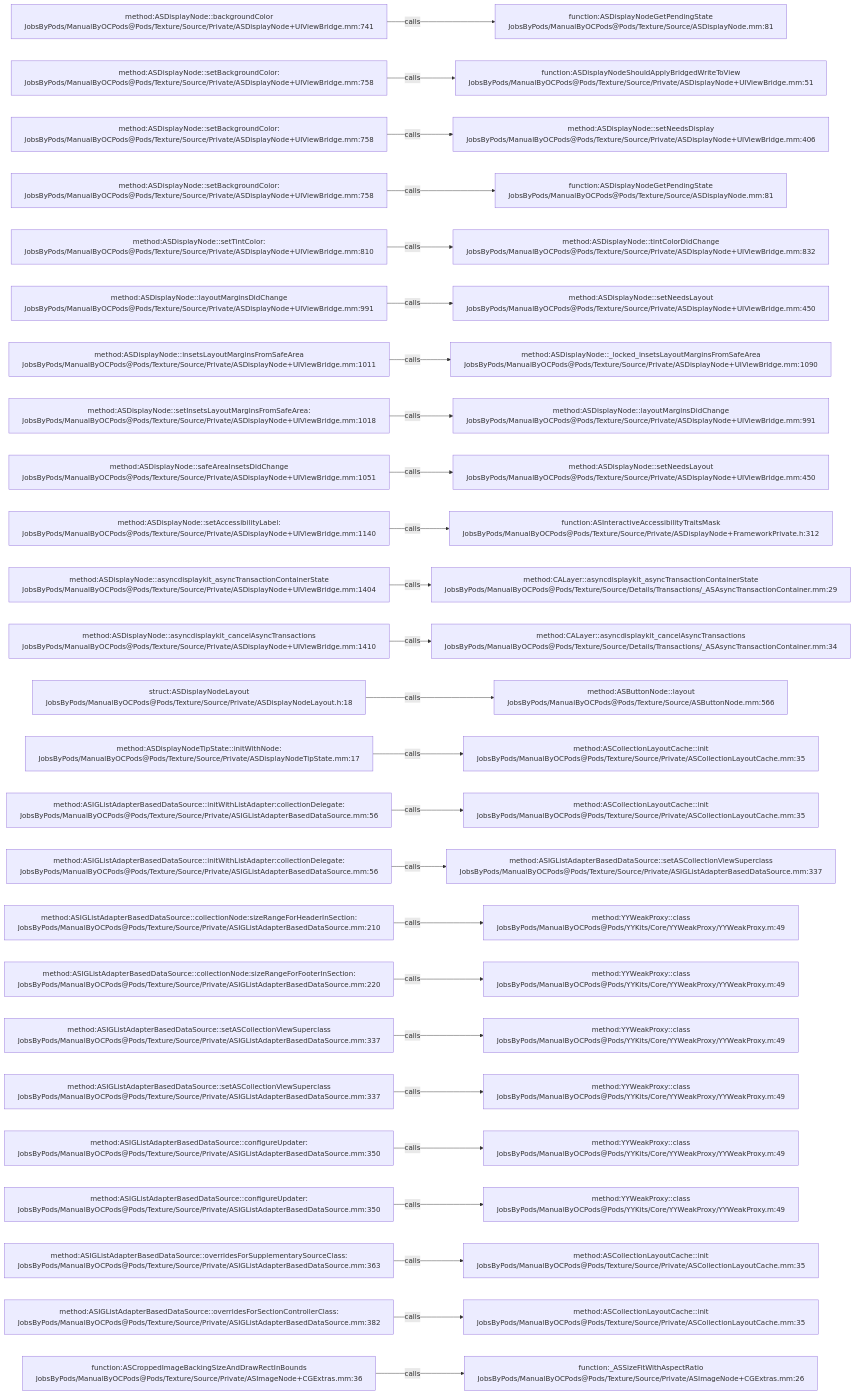
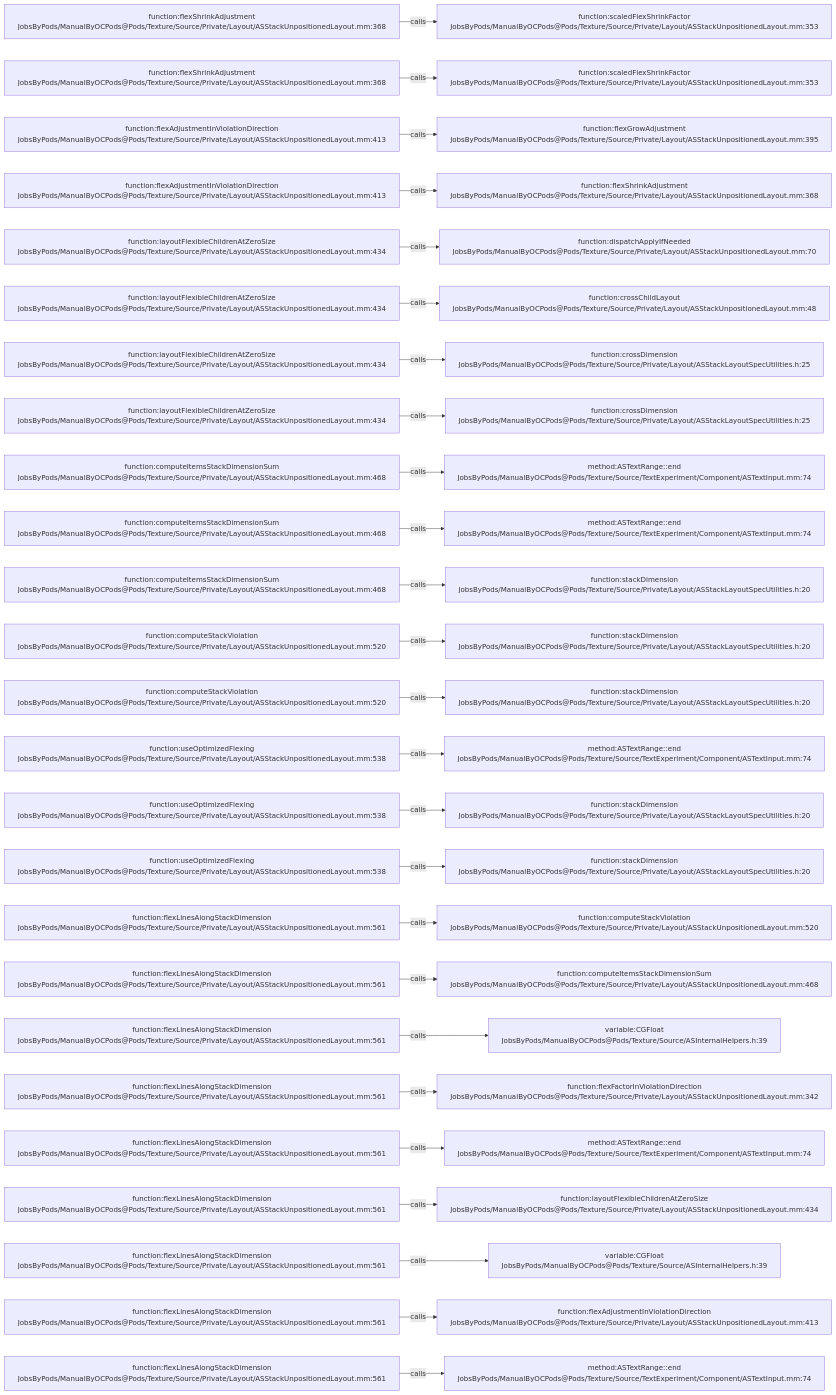
Before and after one commit to JobsKits/JobsOCBaseConfigDemo: the diagram in .codegraph/codegraph.md/graphs/calls-197.md, drawn with Mermaid. The commit also changed 1223 other files, not shown here.

````diff
--- a/.codegraph/codegraph.md/graphs/calls-197.md
+++ b/.codegraph/codegraph.md/graphs/calls-197.md
@@ -13,78 +13,78 @@
 ```mermaid
 flowchart LR
-  S1["method:ASDisplayNode::backgroundColor<br/>JobsByPods/ManualByOCPods@Pods/Texture/Source/Private/ASDisplayNode+UIViewBridge.mm:741"]
-  T1["function:ASDisplayNodeGetPendingState<br/>JobsByPods/ManualByOCPods@Pods/Texture/Source/ASDisplayNode.mm:81"]
+  S1["function:flexShrinkAdjustment<br/>JobsByPods/ManualByOCPods@Pods/Texture/Source/Private/Layout/ASStackUnpositionedLayout.mm:368"]
+  T1["function:scaledFlexShrinkFactor<br/>JobsByPods/ManualByOCPods@Pods/Texture/Source/Private/Layout/ASStackUnpositionedLayout.mm:353"]
   S1 -->|calls| T1
-  S2["method:ASDisplayNode::setBackgroundColor:<br/>JobsByPods/ManualByOCPods@Pods/Texture/Source/Private/ASDisplayNode+UIViewBridge.mm:758"]
-  T2["function:ASDisplayNodeShouldApplyBridgedWriteToView<br/>JobsByPods/ManualByOCPods@Pods/Texture/Source/Private/ASDisplayNode+UIViewBridge.mm:51"]
+  S2["function:flexShrinkAdjustment<br/>JobsByPods/ManualByOCPods@Pods/Texture/Source/Private/Layout/ASStackUnpositionedLayout.mm:368"]
+  T2["function:scaledFlexShrinkFactor<br/>JobsByPods/ManualByOCPods@Pods/Texture/Source/Private/Layout/ASStackUnpositionedLayout.mm:353"]
   S2 -->|calls| T2
-  S3["method:ASDisplayNode::setBackgroundColor:<br/>JobsByPods/ManualByOCPods@Pods/Texture/Source/Private/ASDisplayNode+UIViewBridge.mm:758"]
-  T3["method:ASDisplayNode::setNeedsDisplay<br/>JobsByPods/ManualByOCPods@Pods/Texture/Source/Private/ASDisplayNode+UIViewBridge.mm:406"]
+  S3["function:flexAdjustmentInViolationDirection<br/>JobsByPods/ManualByOCPods@Pods/Texture/Source/Private/Layout/ASStackUnpositionedLayout.mm:413"]
+  T3["function:flexGrowAdjustment<br/>JobsByPods/ManualByOCPods@Pods/Texture/Source/Private/Layout/ASStackUnpositionedLayout.mm:395"]
   S3 -->|calls| T3
-  S4["method:ASDisplayNode::setBackgroundColor:<br/>JobsByPods/ManualByOCPods@Pods/Texture/Source/Private/ASDisplayNode+UIViewBridge.mm:758"]
-  T4["function:ASDisplayNodeGetPendingState<br/>JobsByPods/ManualByOCPods@Pods/Texture/Source/ASDisplayNode.mm:81"]
+  S4["function:flexAdjustmentInViolationDirection<br/>JobsByPods/ManualByOCPods@Pods/Texture/Source/Private/Layout/ASStackUnpositionedLayout.mm:413"]
+  T4["function:flexShrinkAdjustment<br/>JobsByPods/ManualByOCPods@Pods/Texture/Source/Private/Layout/ASStackUnpositionedLayout.mm:368"]
   S4 -->|calls| T4
-  S5["method:ASDisplayNode::setTintColor:<br/>JobsByPods/ManualByOCPods@Pods/Texture/Source/Private/ASDisplayNode+UIViewBridge.mm:810"]
-  T5["method:ASDisplayNode::tintColorDidChange<br/>JobsByPods/ManualByOCPods@Pods/Texture/Source/Private/ASDisplayNode+UIViewBridge.mm:832"]
+  S5["function:layoutFlexibleChildrenAtZeroSize<br/>JobsByPods/ManualByOCPods@Pods/Texture/Source/Private/Layout/ASStackUnpositionedLayout.mm:434"]
+  T5["function:dispatchApplyIfNeeded<br/>JobsByPods/ManualByOCPods@Pods/Texture/Source/Private/Layout/ASStackUnpositionedLayout.mm:70"]
   S5 -->|calls| T5
-  S6["method:ASDisplayNode::layoutMarginsDidChange<br/>JobsByPods/ManualByOCPods@Pods/Texture/Source/Private/ASDisplayNode+UIViewBridge.mm:991"]
-  T6["method:ASDisplayNode::setNeedsLayout<br/>JobsByPods/ManualByOCPods@Pods/Texture/Source/Private/ASDisplayNode+UIViewBridge.mm:450"]
+  S6["function:layoutFlexibleChildrenAtZeroSize<br/>JobsByPods/ManualByOCPods@Pods/Texture/Source/Private/Layout/ASStackUnpositionedLayout.mm:434"]
+  T6["function:crossChildLayout<br/>JobsByPods/ManualByOCPods@Pods/Texture/Source/Private/Layout/ASStackUnpositionedLayout.mm:48"]
   S6 -->|calls| T6
-  S7["method:ASDisplayNode::insetsLayoutMarginsFromSafeArea<br/>JobsByPods/ManualByOCPods@Pods/Texture/Source/Private/ASDisplayNode+UIViewBridge.mm:1011"]
-  T7["method:ASDisplayNode::_locked_insetsLayoutMarginsFromSafeArea<br/>JobsByPods/ManualByOCPods@Pods/Texture/Source/Private/ASDisplayNode+UIViewBridge.mm:1090"]
+  S7["function:layoutFlexibleChildrenAtZeroSize<br/>JobsByPods/ManualByOCPods@Pods/Texture/Source/Private/Layout/ASStackUnpositionedLayout.mm:434"]
+  T7["function:crossDimension<br/>JobsByPods/ManualByOCPods@Pods/Texture/Source/Private/Layout/ASStackLayoutSpecUtilities.h:25"]
   S7 -->|calls| T7
-  S8["method:ASDisplayNode::setInsetsLayoutMarginsFromSafeArea:<br/>JobsByPods/ManualByOCPods@Pods/Texture/Source/Private/ASDisplayNode+UIViewBridge.mm:1018"]
-  T8["method:ASDisplayNode::layoutMarginsDidChange<br/>JobsByPods/ManualByOCPods@Pods/Texture/Source/Private/ASDisplayNode+UIViewBridge.mm:991"]
+  S8["function:layoutFlexibleChildrenAtZeroSize<br/>JobsByPods/ManualByOCPods@Pods/Texture/Source/Private/Layout/ASStackUnpositionedLayout.mm:434"]
+  T8["function:crossDimension<br/>JobsByPods/ManualByOCPods@Pods/Texture/Source/Private/Layout/ASStackLayoutSpecUtilities.h:25"]
   S8 -->|calls| T8
-  S9["method:ASDisplayNode::safeAreaInsetsDidChange<br/>JobsByPods/ManualByOCPods@Pods/Texture/Source/Private/ASDisplayNode+UIViewBridge.mm:1051"]
-  T9["method:ASDisplayNode::setNeedsLayout<br/>JobsByPods/ManualByOCPods@Pods/Texture/Source/Private/ASDisplayNode+UIViewBridge.mm:450"]
+  S9["function:computeItemsStackDimensionSum<br/>JobsByPods/ManualByOCPods@Pods/Texture/Source/Private/Layout/ASStackUnpositionedLayout.mm:468"]
+  T9["method:ASTextRange::end<br/>JobsByPods/ManualByOCPods@Pods/Texture/Source/TextExperiment/Component/ASTextInput.mm:74"]
   S9 -->|calls| T9
-  S10["method:ASDisplayNode::setAccessibilityLabel:<br/>JobsByPods/ManualByOCPods@Pods/Texture/Source/Private/ASDisplayNode+UIViewBridge.mm:1140"]
-  T10["function:ASInteractiveAccessibilityTraitsMask<br/>JobsByPods/ManualByOCPods@Pods/Texture/Source/Private/ASDisplayNode+FrameworkPrivate.h:312"]
+  S10["function:computeItemsStackDimensionSum<br/>JobsByPods/ManualByOCPods@Pods/Texture/Source/Private/Layout/ASStackUnpositionedLayout.mm:468"]
+  T10["method:ASTextRange::end<br/>JobsByPods/ManualByOCPods@Pods/Texture/Source/TextExperiment/Component/ASTextInput.mm:74"]
   S10 -->|calls| T10
-  S11["method:ASDisplayNode::asyncdisplaykit_asyncTransactionContainerState<br/>JobsByPods/ManualByOCPods@Pods/Texture/Source/Private/ASDisplayNode+UIViewBridge.mm:1404"]
-  T11["method:CALayer::asyncdisplaykit_asyncTransactionContainerState<br/>JobsByPods/ManualByOCPods@Pods/Texture/Source/Details/Transactions/_ASAsyncTransactionContainer.mm:29"]
+  S11["function:computeItemsStackDimensionSum<br/>JobsByPods/ManualByOCPods@Pods/Texture/Source/Private/Layout/ASStackUnpositionedLayout.mm:468"]
+  T11["function:stackDimension<br/>JobsByPods/ManualByOCPods@Pods/Texture/Source/Private/Layout/ASStackLayoutSpecUtilities.h:20"]
   S11 -->|calls| T11
-  S12["method:ASDisplayNode::asyncdisplaykit_cancelAsyncTransactions<br/>JobsByPods/ManualByOCPods@Pods/Texture/Source/Private/ASDisplayNode+UIViewBridge.mm:1410"]
-  T12["method:CALayer::asyncdisplaykit_cancelAsyncTransactions<br/>JobsByPods/ManualByOCPods@Pods/Texture/Source/Details/Transactions/_ASAsyncTransactionContainer.mm:34"]
+  S12["function:computeStackViolation<br/>JobsByPods/ManualByOCPods@Pods/Texture/Source/Private/Layout/ASStackUnpositionedLayout.mm:520"]
+  T12["function:stackDimension<br/>JobsByPods/ManualByOCPods@Pods/Texture/Source/Private/Layout/ASStackLayoutSpecUtilities.h:20"]
   S12 -->|calls| T12
-  S13["struct:ASDisplayNodeLayout<br/>JobsByPods/ManualByOCPods@Pods/Texture/Source/Private/ASDisplayNodeLayout.h:18"]
-  T13["method:ASButtonNode::layout<br/>JobsByPods/ManualByOCPods@Pods/Texture/Source/ASButtonNode.mm:566"]
+  S13["function:computeStackViolation<br/>JobsByPods/ManualByOCPods@Pods/Texture/Source/Private/Layout/ASStackUnpositionedLayout.mm:520"]
+  T13["function:stackDimension<br/>JobsByPods/ManualByOCPods@Pods/Texture/Source/Private/Layout/ASStackLayoutSpecUtilities.h:20"]
   S13 -->|calls| T13
-  S14["method:ASDisplayNodeTipState::initWithNode:<br/>JobsByPods/ManualByOCPods@Pods/Texture/Source/Private/ASDisplayNodeTipState.mm:17"]
-  T14["method:ASCollectionLayoutCache::init<br/>JobsByPods/ManualByOCPods@Pods/Texture/Source/Private/ASCollectionLayoutCache.mm:35"]
+  S14["function:useOptimizedFlexing<br/>JobsByPods/ManualByOCPods@Pods/Texture/Source/Private/Layout/ASStackUnpositionedLayout.mm:538"]
+  T14["method:ASTextRange::end<br/>JobsByPods/ManualByOCPods@Pods/Texture/Source/TextExperiment/Component/ASTextInput.mm:74"]
   S14 -->|calls| T14
-  S15["method:ASIGListAdapterBasedDataSource::initWithListAdapter:collectionDelegate:<br/>JobsByPods/ManualByOCPods@Pods/Texture/Source/Private/ASIGListAdapterBasedDataSource.mm:56"]
-  T15["method:ASCollectionLayoutCache::init<br/>JobsByPods/ManualByOCPods@Pods/Texture/Source/Private/ASCollectionLayoutCache.mm:35"]
+  S15["function:useOptimizedFlexing<br/>JobsByPods/ManualByOCPods@Pods/Texture/Source/Private/Layout/ASStackUnpositionedLayout.mm:538"]
+  T15["function:stackDimension<br/>JobsByPods/ManualByOCPods@Pods/Texture/Source/Private/Layout/ASStackLayoutSpecUtilities.h:20"]
   S15 -->|calls| T15
-  S16["method:ASIGListAdapterBasedDataSource::initWithListAdapter:collectionDelegate:<br/>JobsByPods/ManualByOCPods@Pods/Texture/Source/Private/ASIGListAdapterBasedDataSource.mm:56"]
-  T16["method:ASIGListAdapterBasedDataSource::setASCollectionViewSuperclass<br/>JobsByPods/ManualByOCPods@Pods/Texture/Source/Private/ASIGListAdapterBasedDataSource.mm:337"]
+  S16["function:useOptimizedFlexing<br/>JobsByPods/ManualByOCPods@Pods/Texture/Source/Private/Layout/ASStackUnpositionedLayout.mm:538"]
+  T16["function:stackDimension<br/>JobsByPods/ManualByOCPods@Pods/Texture/Source/Private/Layout/ASStackLayoutSpecUtilities.h:20"]
   S16 -->|calls| T16
-  S17["method:ASIGListAdapterBasedDataSource::collectionNode:sizeRangeForHeaderInSection:<br/>JobsByPods/ManualByOCPods@Pods/Texture/Source/Private/ASIGListAdapterBasedDataSource.mm:210"]
-  T17["method:YYWeakProxy::class<br/>JobsByPods/ManualByOCPods@Pods/YYKits/Core/YYWeakProxy/YYWeakProxy.m:49"]
+  S17["function:flexLinesAlongStackDimension<br/>JobsByPods/ManualByOCPods@Pods/Texture/Source/Private/Layout/ASStackUnpositionedLayout.mm:561"]
+  T17["function:computeStackViolation<br/>JobsByPods/ManualByOCPods@Pods/Texture/Source/Private/Layout/ASStackUnpositionedLayout.mm:520"]
   S17 -->|calls| T17
-  S18["method:ASIGListAdapterBasedDataSource::collectionNode:sizeRangeForFooterInSection:<br/>JobsByPods/ManualByOCPods@Pods/Texture/Source/Private/ASIGListAdapterBasedDataSource.mm:220"]
-  T18["method:YYWeakProxy::class<br/>JobsByPods/ManualByOCPods@Pods/YYKits/Core/YYWeakProxy/YYWeakProxy.m:49"]
+  S18["function:flexLinesAlongStackDimension<br/>JobsByPods/ManualByOCPods@Pods/Texture/Source/Private/Layout/ASStackUnpositionedLayout.mm:561"]
+  T18["function:computeItemsStackDimensionSum<br/>JobsByPods/ManualByOCPods@Pods/Texture/Source/Private/Layout/ASStackUnpositionedLayout.mm:468"]
   S18 -->|calls| T18
-  S19["method:ASIGListAdapterBasedDataSource::setASCollectionViewSuperclass<br/>JobsByPods/ManualByOCPods@Pods/Texture/Source/Private/ASIGListAdapterBasedDataSource.mm:337"]
-  T19["method:YYWeakProxy::class<br/>JobsByPods/ManualByOCPods@Pods/YYKits/Core/YYWeakProxy/YYWeakProxy.m:49"]
+  S19["function:flexLinesAlongStackDimension<br/>JobsByPods/ManualByOCPods@Pods/Texture/Source/Private/Layout/ASStackUnpositionedLayout.mm:561"]
+  T19["variable:CGFloat<br/>JobsByPods/ManualByOCPods@Pods/Texture/Source/ASInternalHelpers.h:39"]
   S19 -->|calls| T19
-  S20["method:ASIGListAdapterBasedDataSource::setASCollectionViewSuperclass<br/>JobsByPods/ManualByOCPods@Pods/Texture/Source/Private/ASIGListAdapterBasedDataSource.mm:337"]
-  T20["method:YYWeakProxy::class<br/>JobsByPods/ManualByOCPods@Pods/YYKits/Core/YYWeakProxy/YYWeakProxy.m:49"]
+  S20["function:flexLinesAlongStackDimension<br/>JobsByPods/ManualByOCPods@Pods/Texture/Source/Private/Layout/ASStackUnpositionedLayout.mm:561"]
+  T20["function:flexFactorInViolationDirection<br/>JobsByPods/ManualByOCPods@Pods/Texture/Source/Private/Layout/ASStackUnpositionedLayout.mm:342"]
   S20 -->|calls| T20
-  S21["method:ASIGListAdapterBasedDataSource::configureUpdater:<br/>JobsByPods/ManualByOCPods@Pods/Texture/Source/Private/ASIGListAdapterBasedDataSource.mm:350"]
-  T21["method:YYWeakProxy::class<br/>JobsByPods/ManualByOCPods@Pods/YYKits/Core/YYWeakProxy/YYWeakProxy.m:49"]
+  S21["function:flexLinesAlongStackDimension<br/>JobsByPods/ManualByOCPods@Pods/Texture/Source/Private/Layout/ASStackUnpositionedLayout.mm:561"]
+  T21["method:ASTextRange::end<br/>JobsByPods/ManualByOCPods@Pods/Texture/Source/TextExperiment/Component/ASTextInput.mm:74"]
   S21 -->|calls| T21
-  S22["method:ASIGListAdapterBasedDataSource::configureUpdater:<br/>JobsByPods/ManualByOCPods@Pods/Texture/Source/Private/ASIGListAdapterBasedDataSource.mm:350"]
-  T22["method:YYWeakProxy::class<br/>JobsByPods/ManualByOCPods@Pods/YYKits/Core/YYWeakProxy/YYWeakProxy.m:49"]
+  S22["function:flexLinesAlongStackDimension<br/>JobsByPods/ManualByOCPods@Pods/Texture/Source/Private/Layout/ASStackUnpositionedLayout.mm:561"]
+  T22["function:layoutFlexibleChildrenAtZeroSize<br/>JobsByPods/ManualByOCPods@Pods/Texture/Source/Private/Layout/ASStackUnpositionedLayout.mm:434"]
   S22 -->|calls| T22
-  S23["method:ASIGListAdapterBasedDataSource::overridesForSupplementarySourceClass:<br/>JobsByPods/ManualByOCPods@Pods/Texture/Source/Private/ASIGListAdapterBasedDataSource.mm:363"]
-  T23["method:ASCollectionLayoutCache::init<br/>JobsByPods/ManualByOCPods@Pods/Texture/Source/Private/ASCollectionLayoutCache.mm:35"]
+  S23["function:flexLinesAlongStackDimension<br/>JobsByPods/ManualByOCPods@Pods/Texture/Source/Private/Layout/ASStackUnpositionedLayout.mm:561"]
+  T23["variable:CGFloat<br/>JobsByPods/ManualByOCPods@Pods/Texture/Source/ASInternalHelpers.h:39"]
   S23 -->|calls| T23
-  S24["method:ASIGListAdapterBasedDataSource::overridesForSectionControllerClass:<br/>JobsByPods/ManualByOCPods@Pods/Texture/Source/Private/ASIGListAdapterBasedDataSource.mm:382"]
-  T24["method:ASCollectionLayoutCache::init<br/>JobsByPods/ManualByOCPods@Pods/Texture/Source/Private/ASCollectionLayoutCache.mm:35"]
+  S24["function:flexLinesAlongStackDimension<br/>JobsByPods/ManualByOCPods@Pods/Texture/Source/Private/Layout/ASStackUnpositionedLayout.mm:561"]
+  T24["function:flexAdjustmentInViolationDirection<br/>JobsByPods/ManualByOCPods@Pods/Texture/Source/Private/Layout/ASStackUnpositionedLayout.mm:413"]
   S24 -->|calls| T24
-  S25["function:ASCroppedImageBackingSizeAndDrawRectInBounds<br/>JobsByPods/ManualByOCPods@Pods/Texture/Source/Private/ASImageNode+CGExtras.mm:36"]
-  T25["function:_ASSizeFitWithAspectRatio<br/>JobsByPods/ManualByOCPods@Pods/Texture/Source/Private/ASImageNode+CGExtras.mm:26"]
+  S25["function:flexLinesAlongStackDimension<br/>JobsByPods/ManualByOCPods@Pods/Texture/Source/Private/Layout/ASStackUnpositionedLayout.mm:561"]
+  T25["method:ASTextRange::end<br/>JobsByPods/ManualByOCPods@Pods/Texture/Source/TextExperiment/Component/ASTextInput.mm:74"]
   S25 -->|calls| T25
 ```
````
